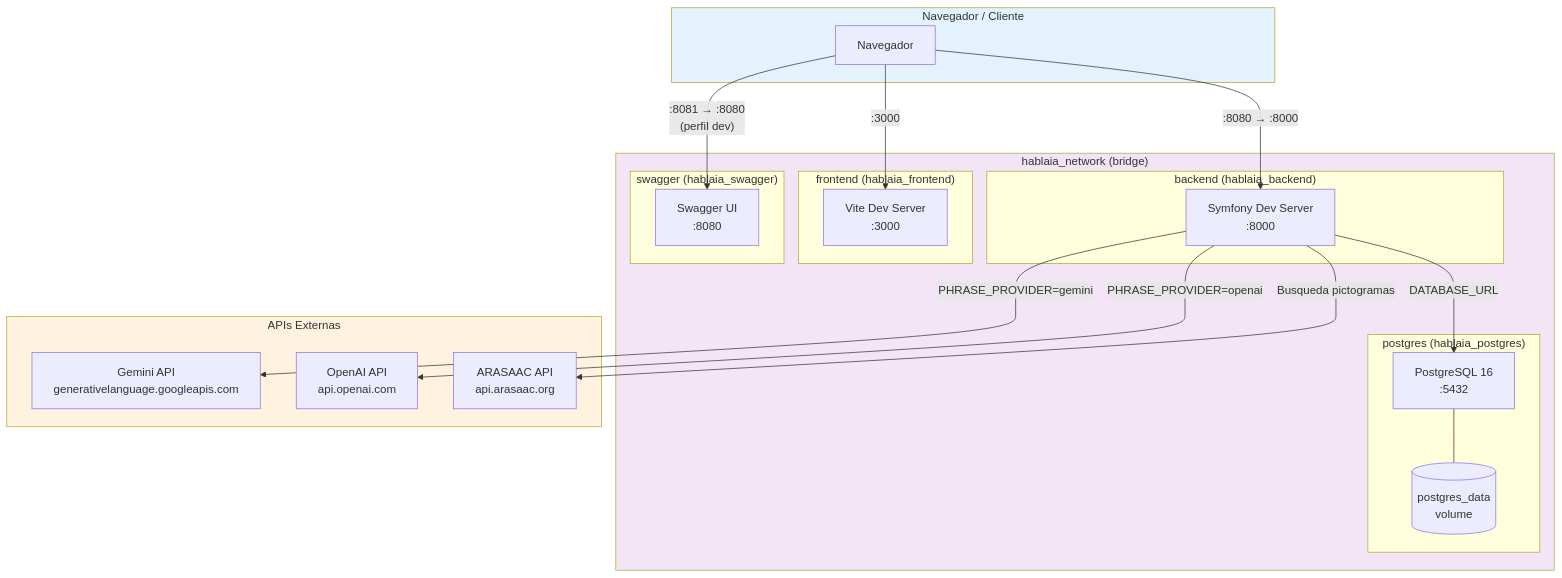
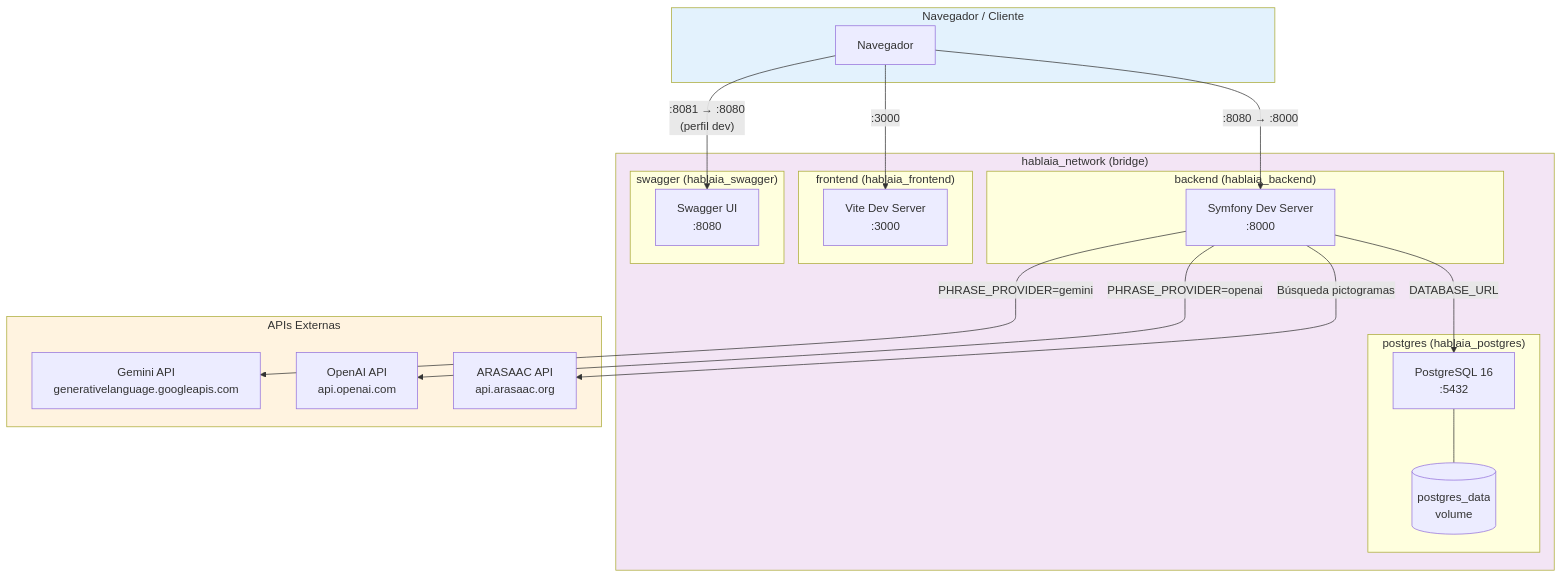
Before and after one commit to luismiglezmohino/HablaIA: the first of 6 diagrams in docs/diagrams/docker-infrastructure.md, drawn with Mermaid. The commit also changed other lines of this file and 30 other files, not shown here.

````diff
--- a/docs/diagrams/docker-infrastructure.md
+++ b/docs/diagrams/docker-infrastructure.md
@@ -7,46 +7,46 @@
 ```mermaid
 graph TB
     subgraph Internet["Navegador / Cliente"]
         Browser["Navegador"]
     end
 
     subgraph DockerNetwork["hablaia_network (bridge)"]
         subgraph BackendContainer["backend (hablaia_backend)"]
             Symfony["Symfony Dev Server<br/>:8000"]
         end
 
         subgraph FrontendContainer["frontend (hablaia_frontend)"]
             Vite["Vite Dev Server<br/>:3000"]
         end
 
         subgraph PostgresContainer["postgres (hablaia_postgres)"]
             PG["PostgreSQL 16<br/>:5432"]
             PGData[("postgres_data<br/>volume")]
         end
 
         subgraph SwaggerContainer["swagger (hablaia_swagger)"]
             SwaggerUI["Swagger UI<br/>:8080"]
         end
     end
 
     subgraph ExternalAPIs["APIs Externas"]
         Gemini["Gemini API<br/>generativelanguage.googleapis.com"]
         OpenAI["OpenAI API<br/>api.openai.com"]
         ARASAAC["ARASAAC API<br/>api.arasaac.org"]
     end
 
     Browser -->|":8080 → :8000"| Symfony
     Browser -->|":3000"| Vite
     Browser -->|":8081 → :8080<br/>(perfil dev)"| SwaggerUI
 
     Symfony -->|"DATABASE_URL"| PG
     PG --- PGData
 
     Symfony -->|"PHRASE_PROVIDER=gemini"| Gemini
     Symfony -->|"PHRASE_PROVIDER=openai"| OpenAI
-    Symfony -->|"Busqueda pictogramas"| ARASAAC
+    Symfony -->|"Búsqueda pictogramas"| ARASAAC
 
     style Internet fill:#e3f2fd
     style DockerNetwork fill:#f3e5f5
     style ExternalAPIs fill:#fff3e0
 ```
````
